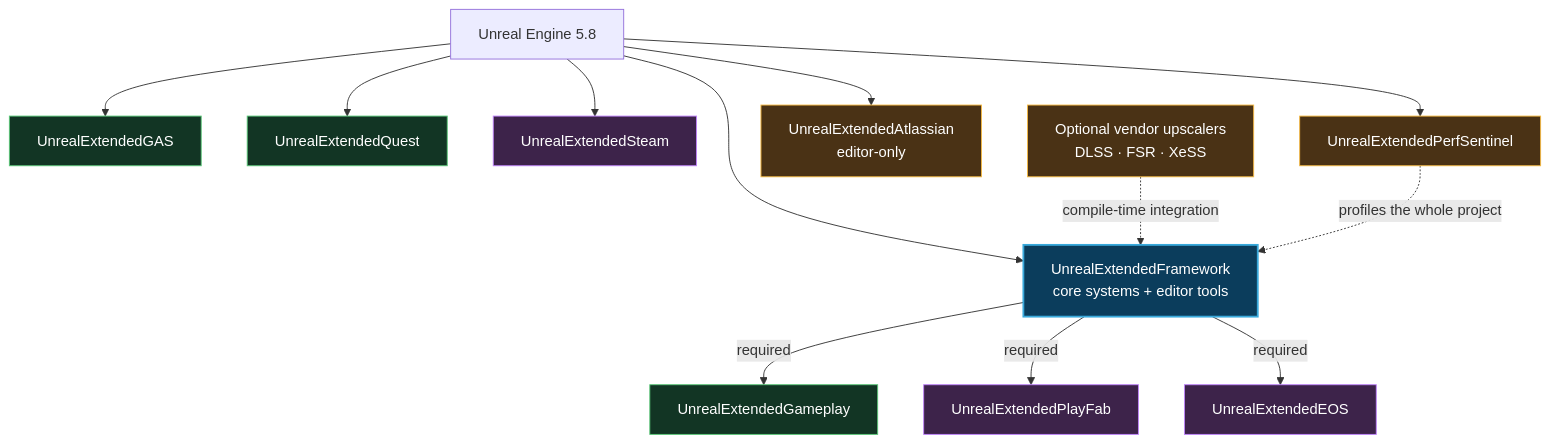
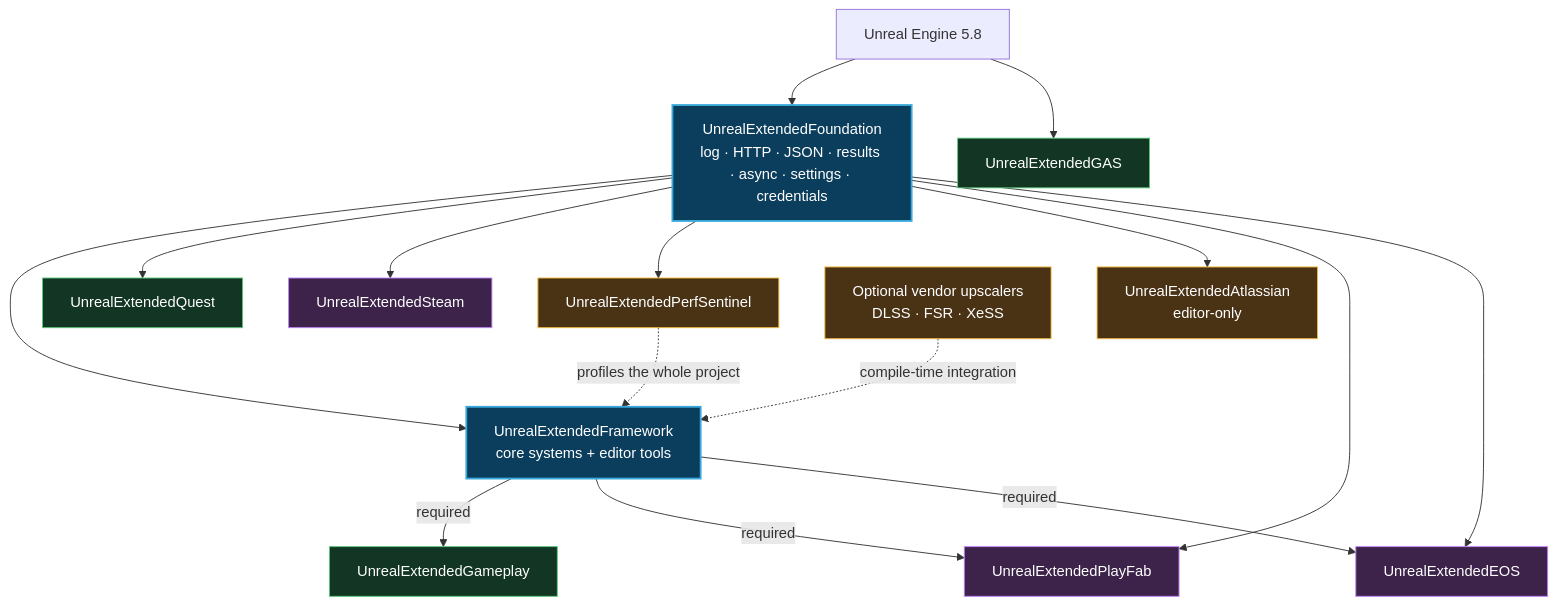
One commit to ElderDeveloper/UnrealExtendedFramework changed the diagram in README.md. Above: the diagram before and after it, drawn with Mermaid. The commit also changed other lines of this file and 2 other files, not shown here.

First line of the commit message:
Document the foundation: ARCHITECTURE.md, foundation README, root README

````diff
--- a/README.md
+++ b/README.md
@@ -68,35 +69,39 @@
 ```mermaid
 flowchart TB
     UE["Unreal Engine 5.8"]
+    Foundation["UnrealExtendedFoundation<br/>log · HTTP · JSON · results · async · settings · credentials"]
     Core["UnrealExtendedFramework<br/>core systems + editor tools"]
     Gameplay["UnrealExtendedGameplay"]
     GAS["UnrealExtendedGAS"]
     Quest["UnrealExtendedQuest"]
     PlayFab["UnrealExtendedPlayFab"]
     EOS["UnrealExtendedEOS"]
     Steam["UnrealExtendedSteam"]
     Perf["UnrealExtendedPerfSentinel"]
     Atlassian["UnrealExtendedAtlassian<br/>editor-only"]
     Vendor["Optional vendor upscalers<br/>DLSS · FSR · XeSS"]
 
-    UE --> Core
+    UE --> Foundation
     UE --> GAS
-    UE --> Quest
-    UE --> Steam
-    UE --> Perf
-    UE --> Atlassian
+    Foundation --> Core
+    Foundation --> Quest
+    Foundation --> Steam
+    Foundation --> Perf
+    Foundation --> Atlassian
+    Foundation --> PlayFab
+    Foundation --> EOS
     Core -->|required| Gameplay
     Core -->|required| PlayFab
     Core -->|required| EOS
     Vendor -. compile-time integration .-> Core
     Perf -. profiles the whole project .-> Core
 
     classDef foundation fill:#0B3D5C,stroke:#39A9DB,color:#fff,stroke-width:2px;
     classDef gameplay fill:#123524,stroke:#5AC878,color:#fff;
     classDef online fill:#3D234A,stroke:#C084FC,color:#fff;
     classDef tooling fill:#4A3215,stroke:#F5B942,color:#fff;
-    class Core foundation;
+    class Foundation,Core foundation;
     class Gameplay,GAS,Quest gameplay;
     class PlayFab,EOS,Steam online;
     class Perf,Vendor,Atlassian tooling;
 ```
````
